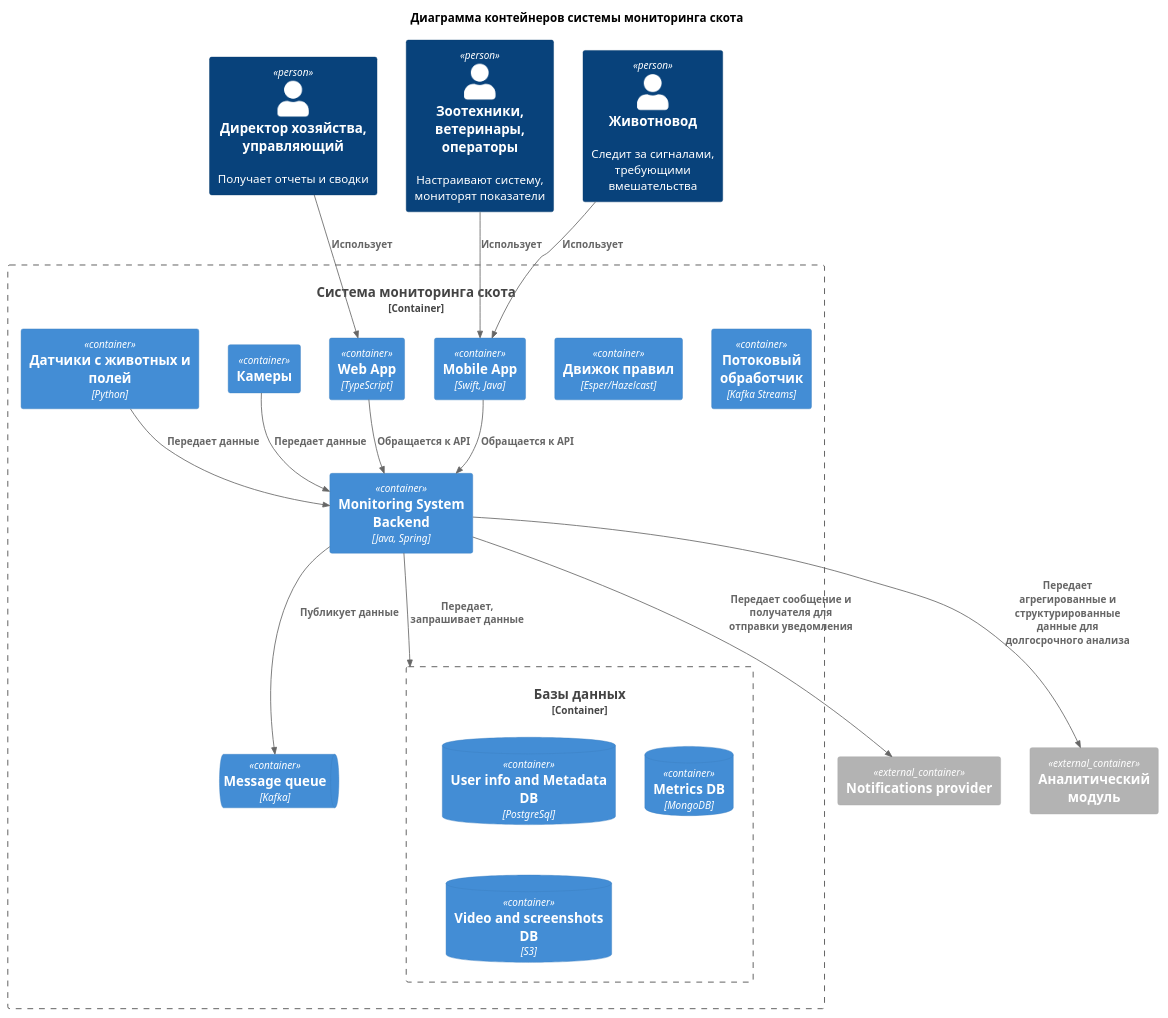
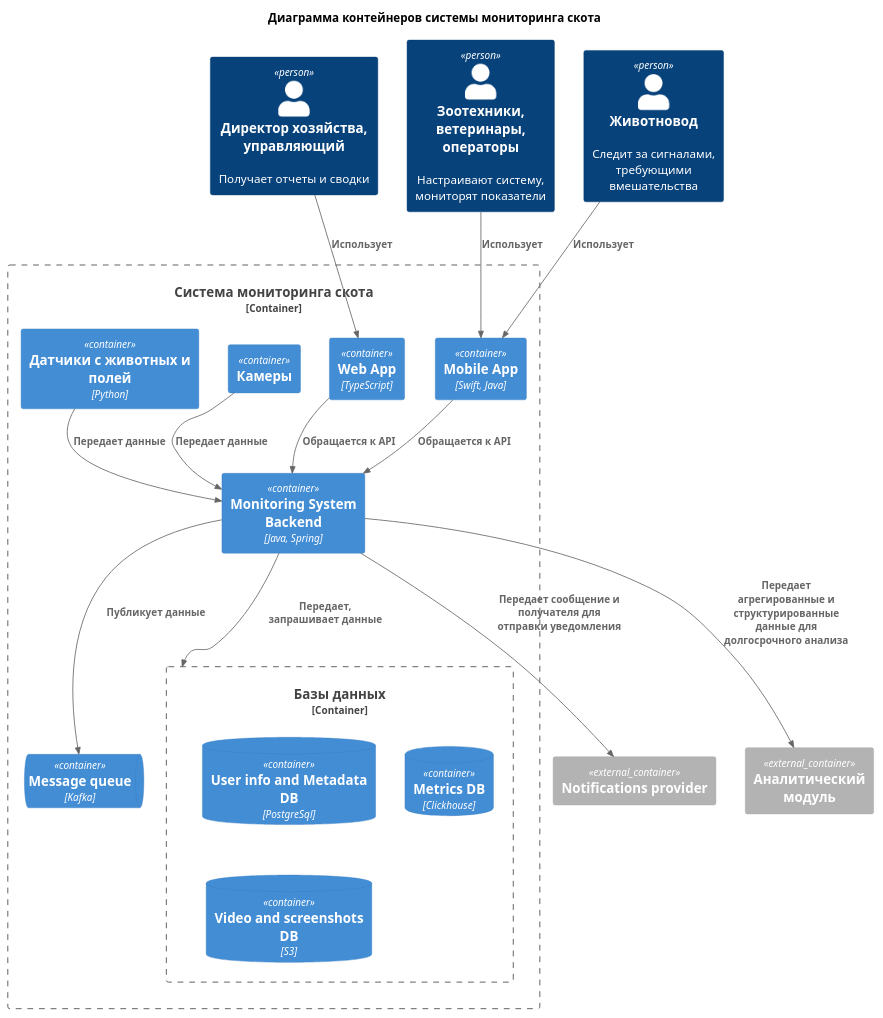
The diagram in Task2/C2.puml (kmalkova94/MSA-AgroTech), drawn with PlantUML before and after one commit. The commit also changed 1 other file, not shown here.

```diff
--- a/Task2/C2.puml
+++ b/Task2/C2.puml
@@ -1,42 +1,40 @@
 @startuml Диаграмма контейнеров системы мониторинга скота
 !include https://raw.githubusercontent.com/plantuml-stdlib/C4-PlantUML/master/C4_Container.puml
 
 title Диаграмма контейнеров системы мониторинга скота
 
 Person(администратор, "Директор хозяйства, управляющий", "Получает отчеты и сводки")
 Person(менеджер, "Зоотехники, ветеринары, операторы", "Настраивают систему, мониторят показатели")
 Person(животновод, "Животновод", "Следит за сигналами, требующими вмешательства")
 
 Container_Boundary(monitoring_system, "Система мониторинга скота"){
     Container(backend, "Monitoring System Backend", "Java, Spring")
     Container_Boundary(dbs, "Базы данных"){
         ContainerDb(user_info_db, "User info and Metadata DB", "PostgreSql")
-        ContainerDb(metrics_db, "Metrics DB", "MongoDB")
+        ContainerDb(metrics_db, "Metrics DB", "Сlickhouse")
         ContainerDb(video_photo_db, "Video and screenshots DB", "S3")
     }
     ContainerQueue(kafka, "Message queue", "Kafka")
-    Container(stream_processor, "Потоковый обработчик", "Kafka Streams")
-    Container(rules_engine, "Движок правил", "Esper/Hazelcast")
     Container(web_app, "Web App", "TypeScript")
     Container(mobile_app, "Mobile App", "Swift, Java")
 
     Container(камеры, "Камеры")
     Container(датчики, "Датчики с животных и полей", "Python")
 }
 Container_Ext(notifications, "Notifications provider")
 Container_Ext(analytics, "Аналитический модуль")
 
 Rel(камеры, backend, "Передает данные")
 Rel(датчики, backend, "Передает данные")
 
 Rel(backend, dbs, "Передает, запрашивает данные")
 Rel(backend, kafka, "Публикует данные")
 Rel(backend, notifications, "Передает сообщение и получателя для отправки уведомления")
 Rel(backend, analytics, "Передает агрегированные и структурированные данные для долгосрочного анализа")
 Rel(web_app, backend, "Обращается к API")
 Rel(mobile_app, backend, "Обращается к API")
 
 Rel(администратор, web_app, "Использует")
 Rel(менеджер, mobile_app, "Использует")
 Rel(животновод, mobile_app, "Использует")
 @enduml
```
